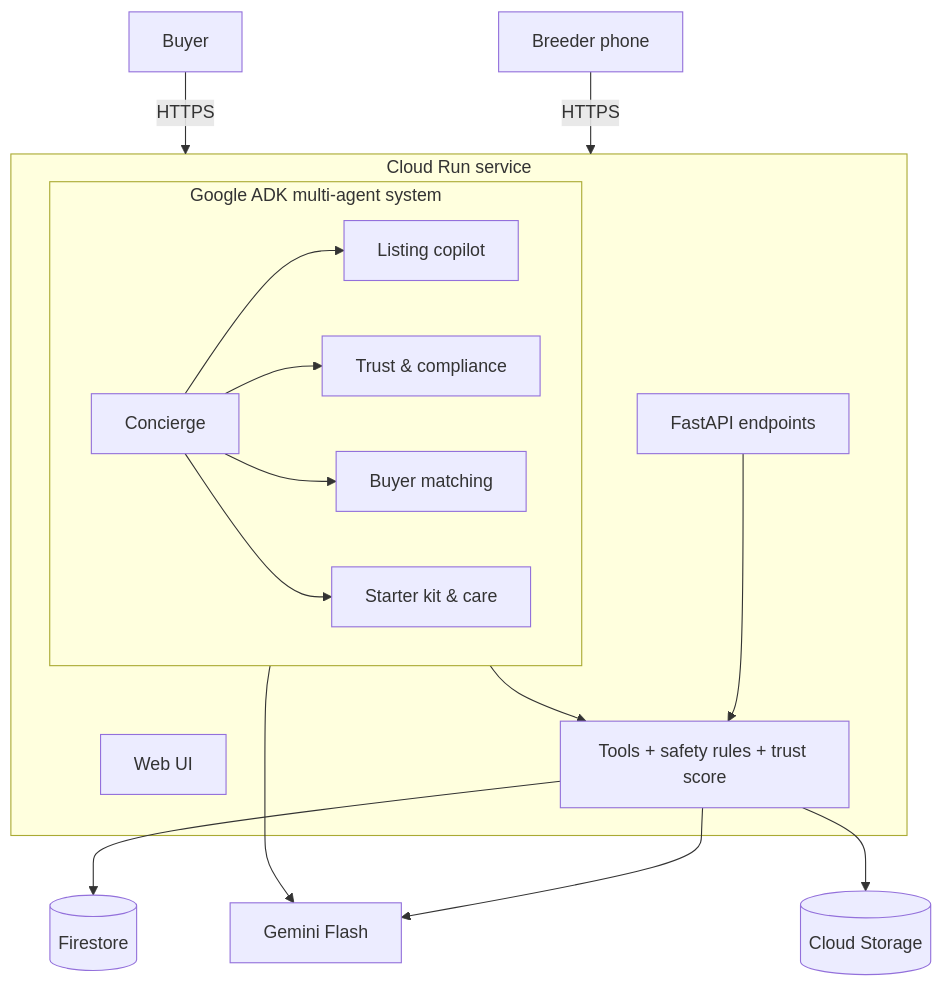
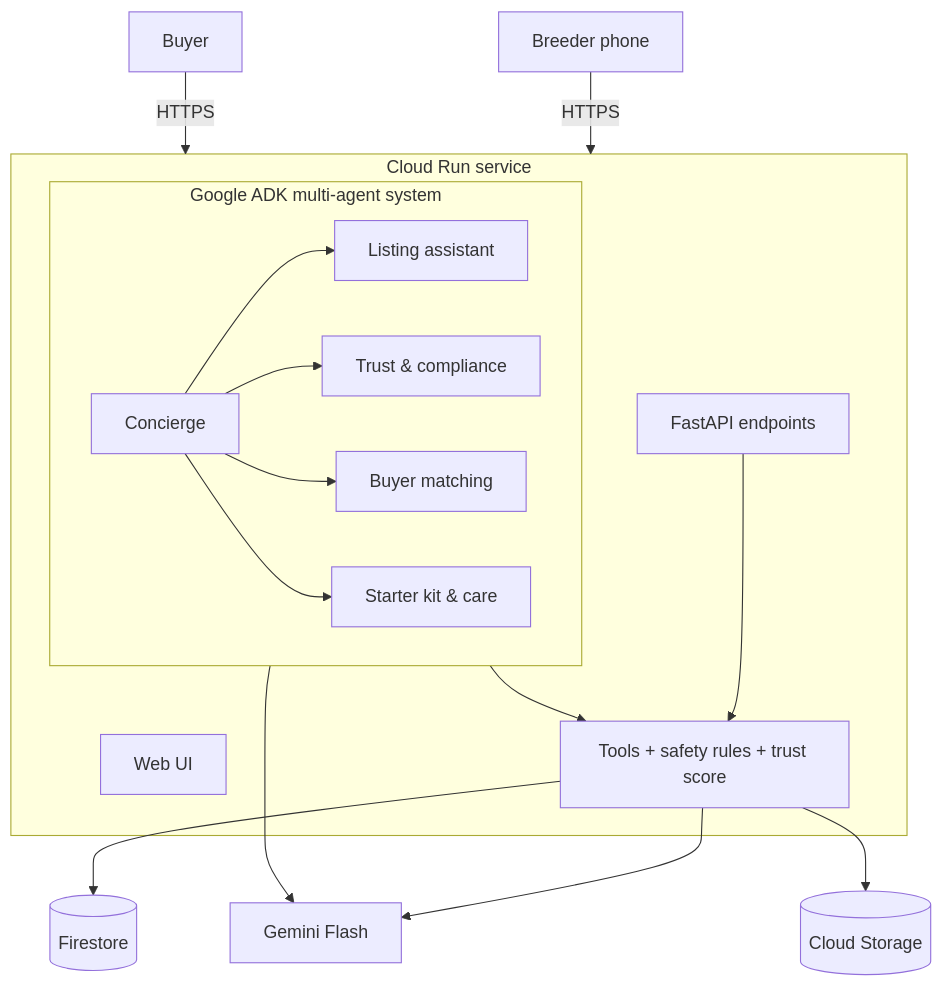
One commit to sudarsan-22/breedernear-ai changed the diagram in README.md. Above: the diagram before and after it, drawn with Mermaid. The commit also changed 12 other files, not shown here.

Commit message:
chore: rename the listing agent's display name to Listing assistant

````diff
--- a/README.md
+++ b/README.md
@@ -45,24 +45,24 @@
 ```mermaid
 flowchart TD
     B[Breeder phone] -->|HTTPS| CR
     U[Buyer] -->|HTTPS| CR
     subgraph CR[Cloud Run service]
         WEB[Web UI]
         API[FastAPI endpoints]
         subgraph AG[Google ADK multi-agent system]
             ROOT[Concierge]
-            LIST[Listing copilot]
+            LIST[Listing assistant]
             TRUST[Trust & compliance]
             MATCH[Buyer matching]
             CARE[Starter kit & care]
             ROOT --> LIST & TRUST & MATCH & CARE
         end
         CORE[Tools + safety rules + trust score]
         AG --> CORE
         API --> CORE
     end
     AG --> GEM[Gemini Flash]
     CORE --> GEM
     CORE --> FS[(Firestore)]
     CORE --> GCS[(Cloud Storage)]
 ```
````
